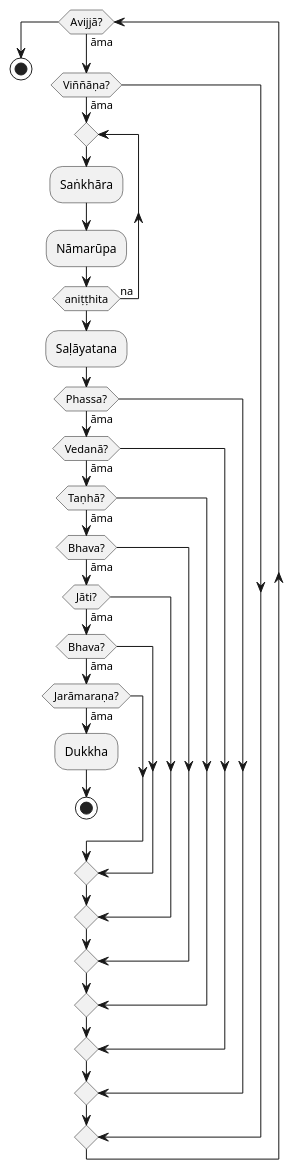
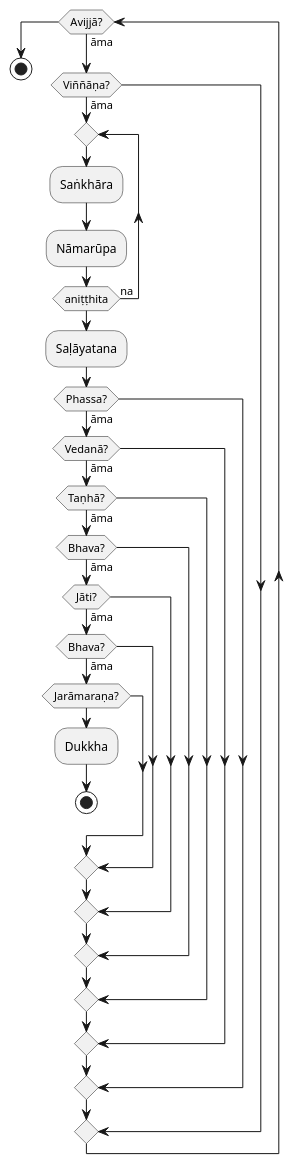
One commit to santidhammo/dependent-origination-plantuml changed the diagram in dependent-origination.plantuml. Above: the diagram before and after it, drawn with PlantUML.

Commit message:
Found a way to get Dukkha as a result, not as input for another cycle

```diff
--- a/dependent-origination.plantuml
+++ b/dependent-origination.plantuml
@@ -1,36 +1,36 @@
 @startuml
 
 while (Avijjā?)              is (āma)
 if    (Viññāṇa?)             then (āma)
 
 repeat
     :Saṅkhāra;
     :Nāmarūpa;
 repeat while (aniṭṭhita) is (na)
 :Saḷāyatana;
 
 if    (Phassa?)              then (āma)
 if    (Vedanā?)              then (āma)
 if    (Taṇhā?)               then (āma)
 if    (Bhava?)               then (āma)
 if    (Jāti?)                then (āma)
 if    (Bhava?)               then (āma)
-if    (Jarāmaraṇa?)          then (āma)
+if    (Jarāmaraṇa?)
 
 :Dukkha;
 stop
 
 endif
 endif
 endif
 endif
 endif
 endif
 endif
 endif
 
 endwhile
 
 stop
     
 @enduml
```
